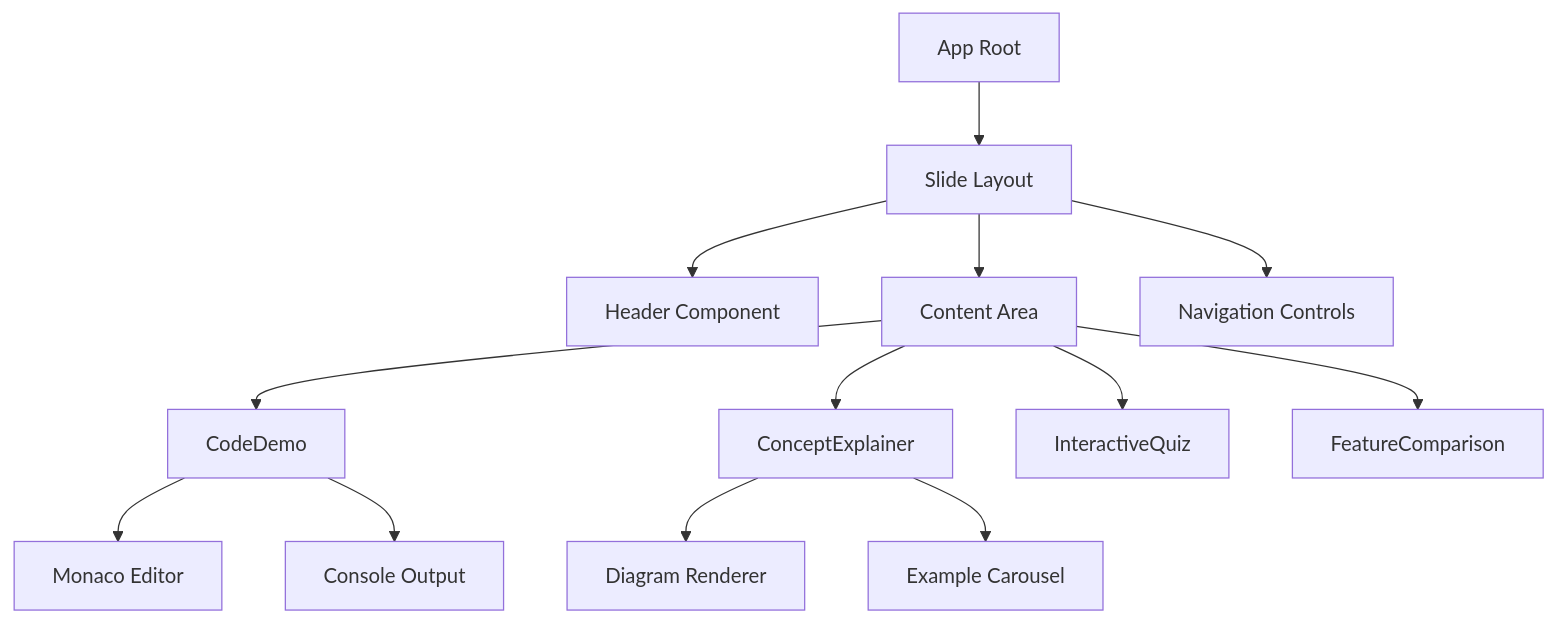
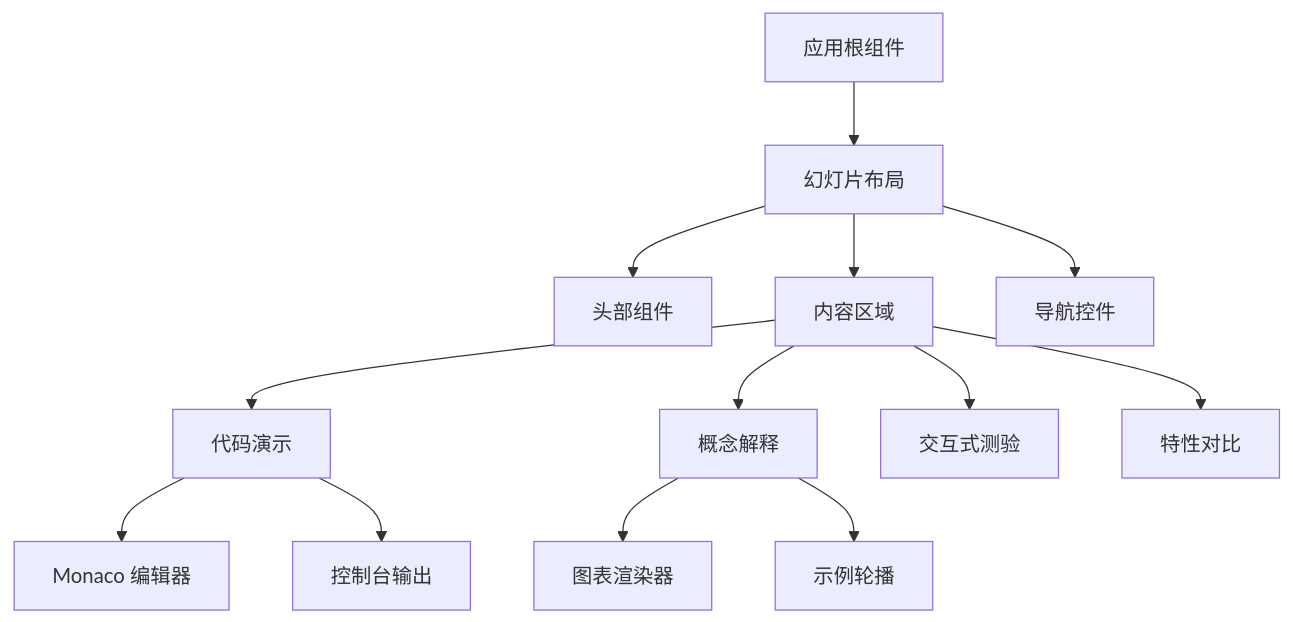
One commit to zengsun/slidev-js-es6 changed the second of 4 diagrams in .qoder/quests/create-javascript-es11-presentation.md. Above: the diagram before and after it, drawn with Mermaid. The commit also changed other lines of this file and 20 other files, not shown here.

````diff
--- a/.qoder/quests/create-javascript-es11-presentation.md
+++ b/.qoder/quests/create-javascript-es11-presentation.md
@@ -90,18 +90,18 @@
 ```mermaid
 graph TD
-    A[App Root] --> B[Slide Layout]
-    B --> C[Header Component]
-    B --> D[Content Area]
-    B --> E[Navigation Controls]
+    A[应用根组件] --> B[幻灯片布局]
+    B --> C[头部组件]
+    B --> D[内容区域]
+    B --> E[导航控件]
     
-    D --> F[CodeDemo]
-    D --> G[ConceptExplainer] 
-    D --> H[InteractiveQuiz]
-    D --> I[FeatureComparison]
+    D --> F[代码演示]
+    D --> G[概念解释] 
+    D --> H[交互式测验]
+    D --> I[特性对比]
     
-    F --> J[Monaco Editor]
-    F --> K[Console Output]
+    F --> J[Monaco 编辑器]
+    F --> K[控制台输出]
     
-    G --> L[Diagram Renderer]
-    G --> M[Example Carousel]
+    G --> L[图表渲染器]
+    G --> M[示例轮播]
 ```
````
